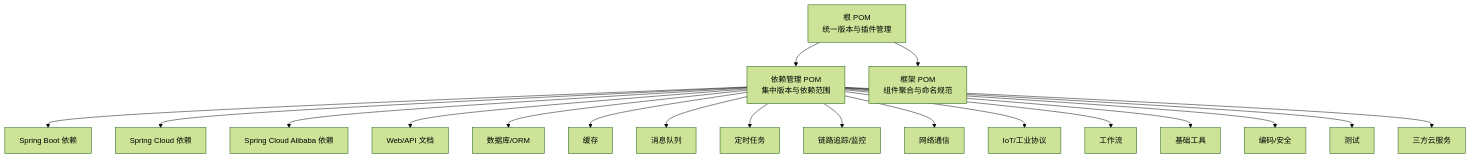
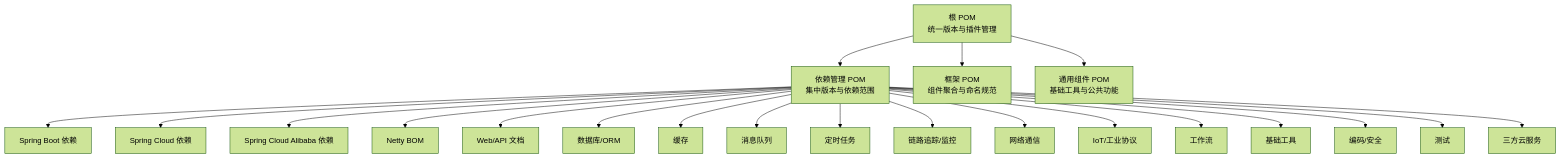
One commit to guanglei93/pandora-cloud changed the first of 6 diagrams in .qoder/repowiki/zh/content/架构设计/模块化设计模式.md. Above: the diagram before and after it, drawn with Mermaid (forest theme). The commit also changed other lines of this file and 5 other files, not shown here.

````diff
--- a/.qoder/repowiki/zh/content/架构设计/模块化设计模式.md
+++ b/.qoder/repowiki/zh/content/架构设计/模块化设计模式.md
@@ -30,21 +40,23 @@
 ```mermaid
 graph TB
 Root["根 POM<br/>统一版本与插件管理"] --> Deps["依赖管理 POM<br/>集中版本与依赖范围"]
 Root --> Framework["框架 POM<br/>组件聚合与命名规范"]
+Root --> Common["通用组件 POM<br/>基础工具与公共功能"]
 Deps --> SpringBoot["Spring Boot 依赖"]
 Deps --> SpringCloud["Spring Cloud 依赖"]
 Deps --> Alibaba["Spring Cloud Alibaba 依赖"]
+Deps --> Netty["Netty BOM"]
 Deps --> WebAPI["Web/API 文档"]
 Deps --> DBORM["数据库/ORM"]
 Deps --> Cache["缓存"]
 Deps --> MQ["消息队列"]
 Deps --> Job["定时任务"]
 Deps --> Observability["链路追踪/监控"]
 Deps --> Network["网络通信"]
 Deps --> IoT["IoT/工业协议"]
 Deps --> Workflow["工作流"]
 Deps --> Utils["基础工具"]
 Deps --> Security["编码/安全"]
 Deps --> Testing["测试"]
 Deps --> Cloud["三方云服务"]
 ```
````
